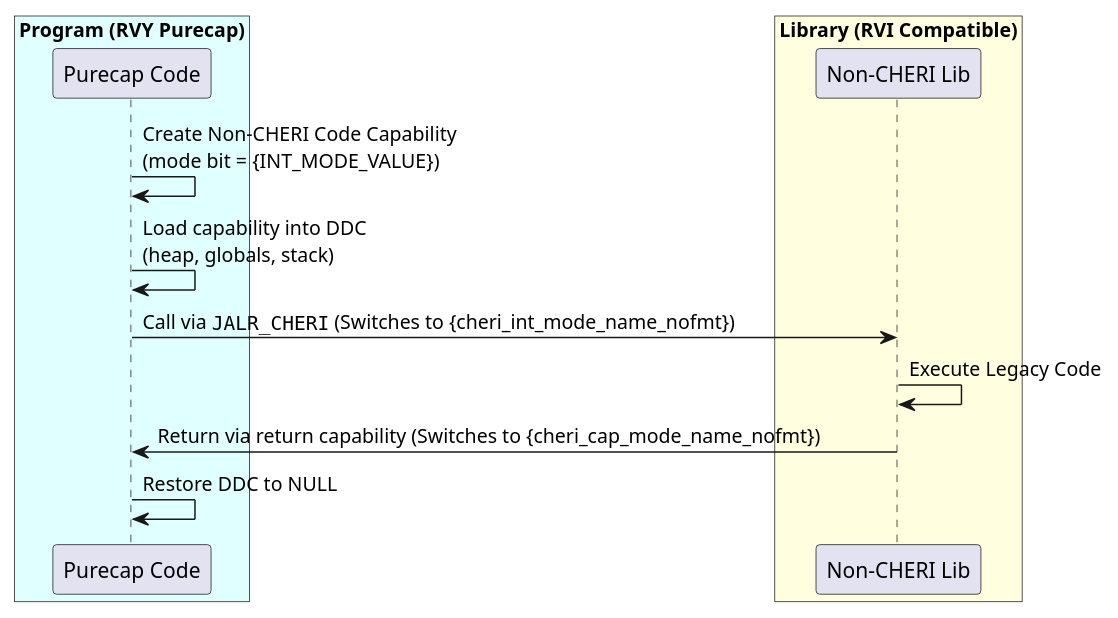
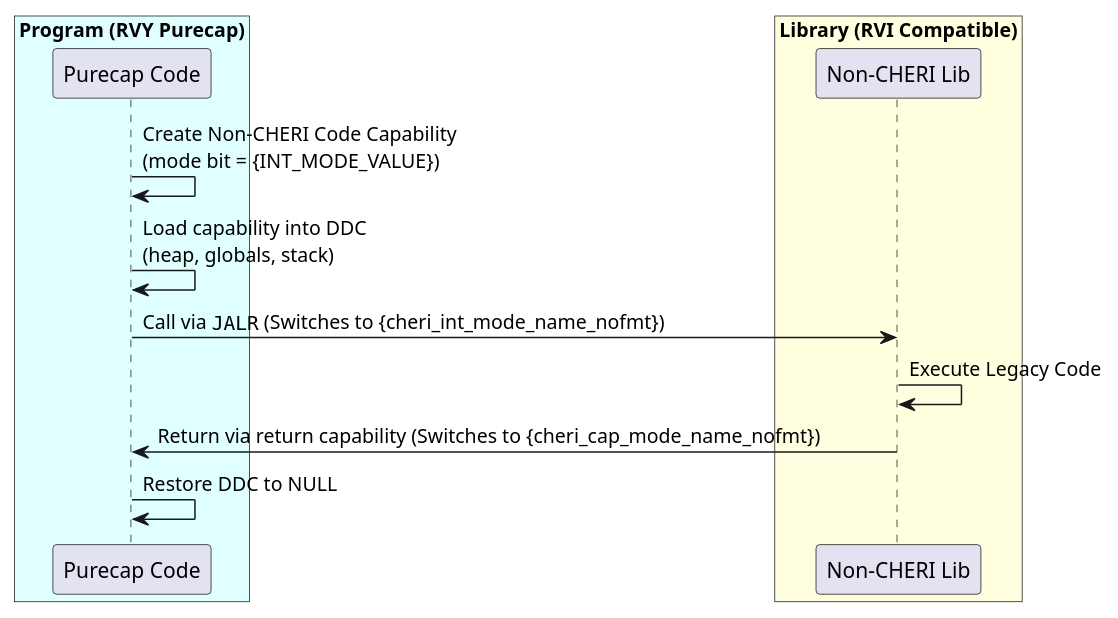
Before and after one commit to riscv/riscv-cheri: the third of 4 diagrams in src/cheri/app-hybrid-usage.adoc, drawn with PlantUML. The commit also changed other lines of this file and 86 other files, not shown here.

```diff
--- a/src/cheri/app-hybrid-usage.adoc
+++ b/src/cheri/app-hybrid-usage.adoc
@@ -127,20 +127,20 @@
 [plantuml, target="purecap-calling-noncheri", format="svg",subs=attributes+]
 ....
 @startuml
 box "Program (RVY Purecap)" #LightCyan
 participant "Purecap Code" as P
 end box
 
 box "Library (RVI Compatible)" #LightYellow
 participant "Non-CHERI Lib" as N
 end box
 
 P -> P: Create Non-CHERI Code Capability\n(mode bit = {INT_MODE_VALUE})
 P -> P: Load capability into DDC\n(heap, globals, stack)
-P -> N: Call via ""JALR_CHERI"" (Switches to {cheri_int_mode_name_nofmt})
+P -> N: Call via ""JALR"" (Switches to {cheri_int_mode_name_nofmt})
 N -> N: Execute Legacy Code
 N -> P: Return via return capability (Switches to {cheri_cap_mode_name_nofmt})
 P -> P: Restore DDC to NULL
 
 @enduml
 ....
```
